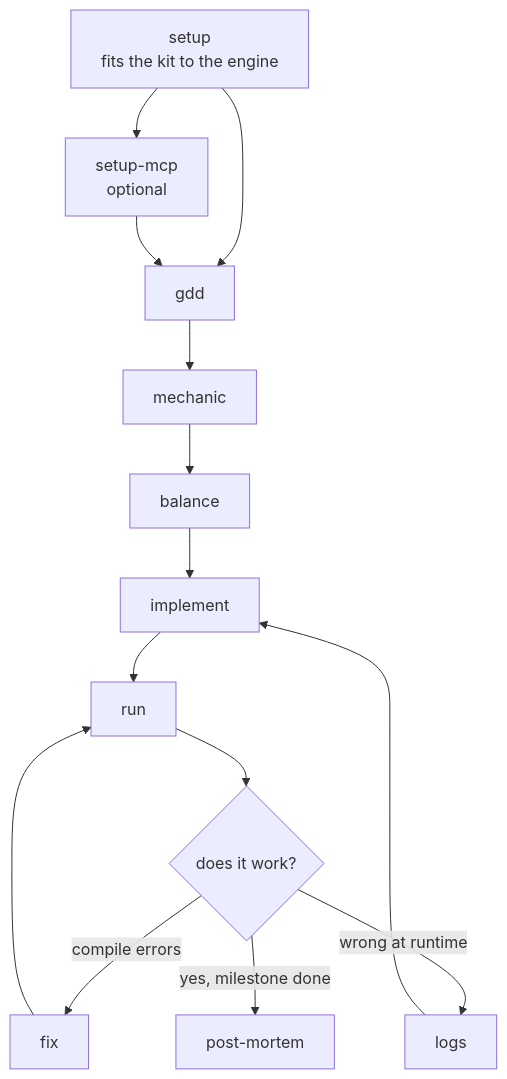
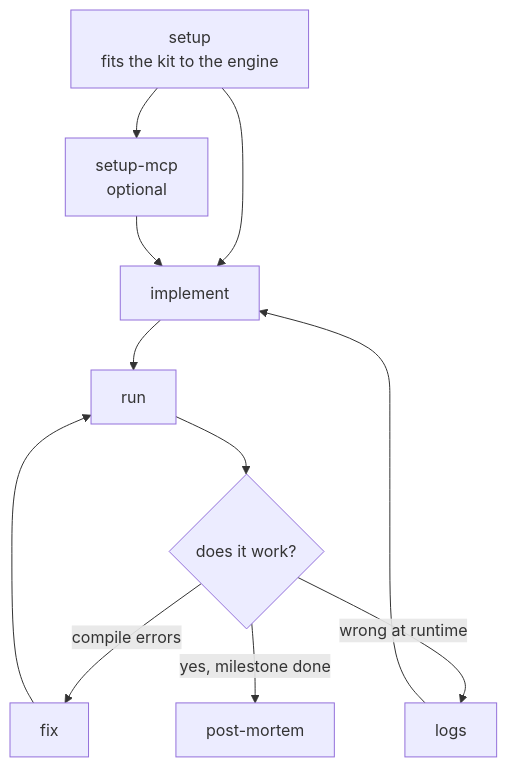
The diagram in domains/game/README.md (omni-stove/skill-kit), drawn with Mermaid before and after one commit. The commit also changed other lines of this file and 59 other files, not shown here.

````diff
--- a/domains/game/README.md
+++ b/domains/game/README.md
@@ -9,16 +9,13 @@
 ```mermaid
 flowchart TD
   setup[setup<br/>fits the kit to the engine] --> mcp[setup-mcp<br/>optional]
-  setup --> gdd
-  mcp --> gdd[gdd]
-  gdd --> mechanic[mechanic]
-  mechanic --> balance[balance]
-  balance --> impl[implement]
+  setup --> impl[implement]
+  mcp --> impl
   impl --> run[run]
   run --> broken{does it work?}
   broken -- "compile errors" --> fix[fix]
   broken -- "wrong at runtime" --> logs[logs]
   fix --> run
   logs --> impl
   broken -- "yes, milestone done" --> pm[post-mortem]
 ```
````
